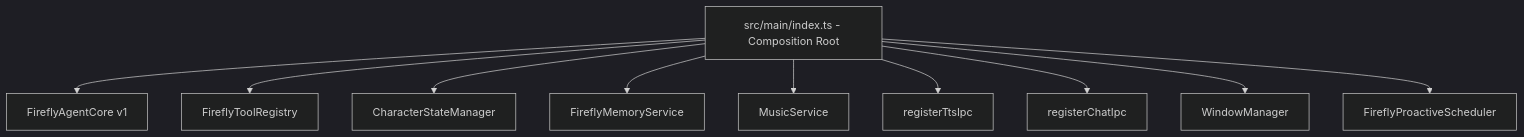
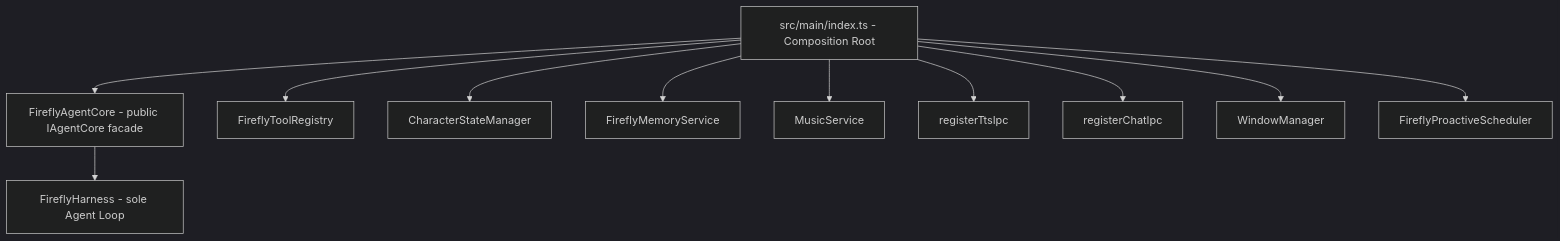
The first of 4 diagrams in docs/architecture/firefly-agent-architecture.md (Serendipity-wu02/Firefly_Agent), drawn with Mermaid (dark theme) before and after one commit. The commit also changed other lines of this file and 125 other files, not shown here.

````diff
--- a/docs/architecture/firefly-agent-architecture.md
+++ b/docs/architecture/firefly-agent-architecture.md
@@ -9,13 +9,14 @@
 ```mermaid
 flowchart TD
     Index[src/main/index.ts - Composition Root]
-    Index --> AgentCore[FireflyAgentCore v1]
+    Index --> AgentCore[FireflyAgentCore - public IAgentCore facade]
+    AgentCore --> Harness[FireflyHarness - sole Agent Loop]
     Index --> ToolRegistry[FireflyToolRegistry]
     Index --> StateMgr[CharacterStateManager]
     Index --> MemorySvc[FireflyMemoryService]
     Index --> MusicSvc[MusicService]
     Index --> TtsIpc[registerTtsIpc]
     Index --> ChatIpc[registerChatIpc]
     Index --> WindowMgr[WindowManager]
     Index --> Proactive[FireflyProactiveScheduler]
 ```
````
